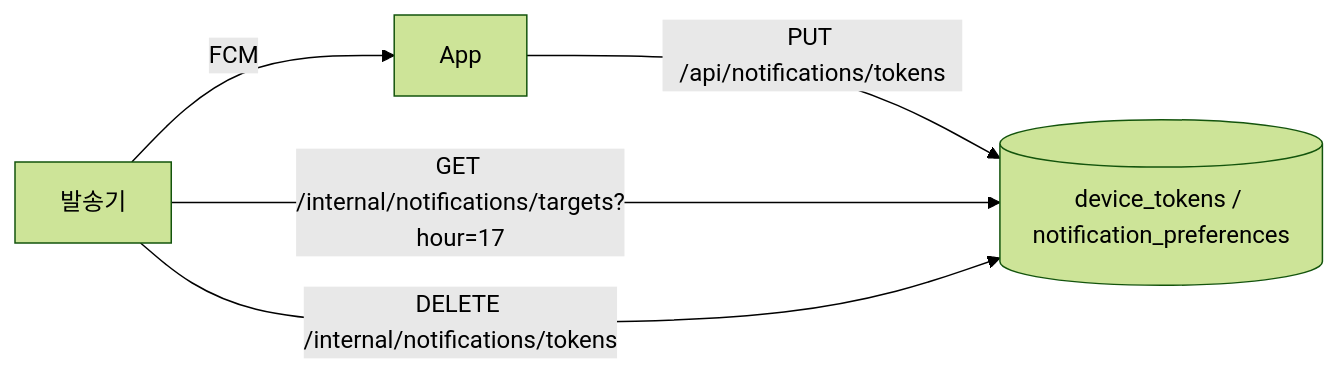
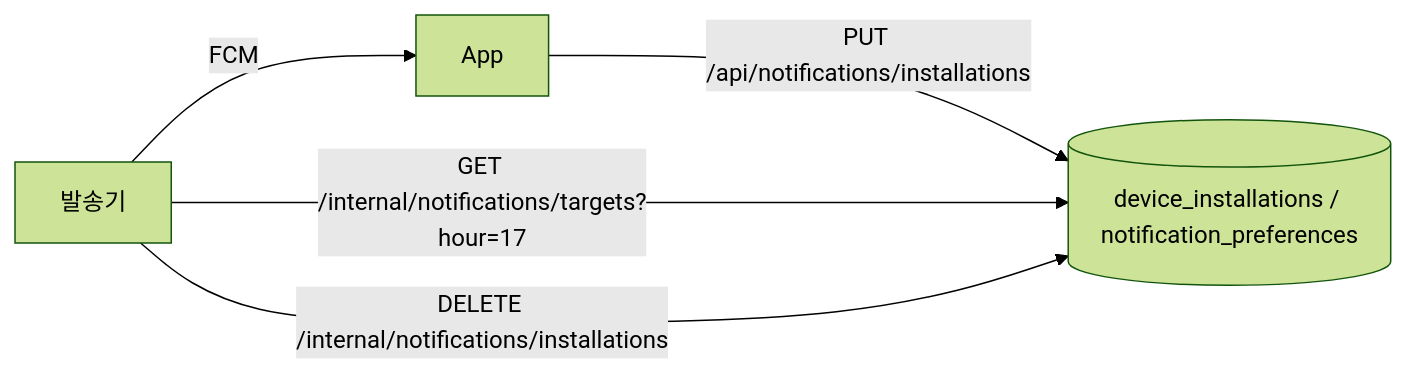
One commit to DaeSaBu/meongcoach-BE changed the diagram in docs/notification.md. Above: the diagram before and after it, drawn with Mermaid (forest theme). The commit also changed other lines of this file and 2 other files, not shown here.

Commit message:
docs(notification): FID 등록과 저장소 계약 반영

````diff
--- a/docs/notification.md
+++ b/docs/notification.md
@@ -6,7 +6,7 @@
 ```mermaid
 flowchart LR
-    App -- "PUT /api/notifications/tokens" --> BE[(device_tokens / notification_preferences)]
+    App -- "PUT /api/notifications/installations" --> BE[(device_installations / notification_preferences)]
     Sender[발송기] -- "GET /internal/notifications/targets?hour=17" --> BE
     Sender -- FCM --> App
-    Sender -- "DELETE /internal/notifications/tokens" --> BE
+    Sender -- "DELETE /internal/notifications/installations" --> BE
 ```
````
